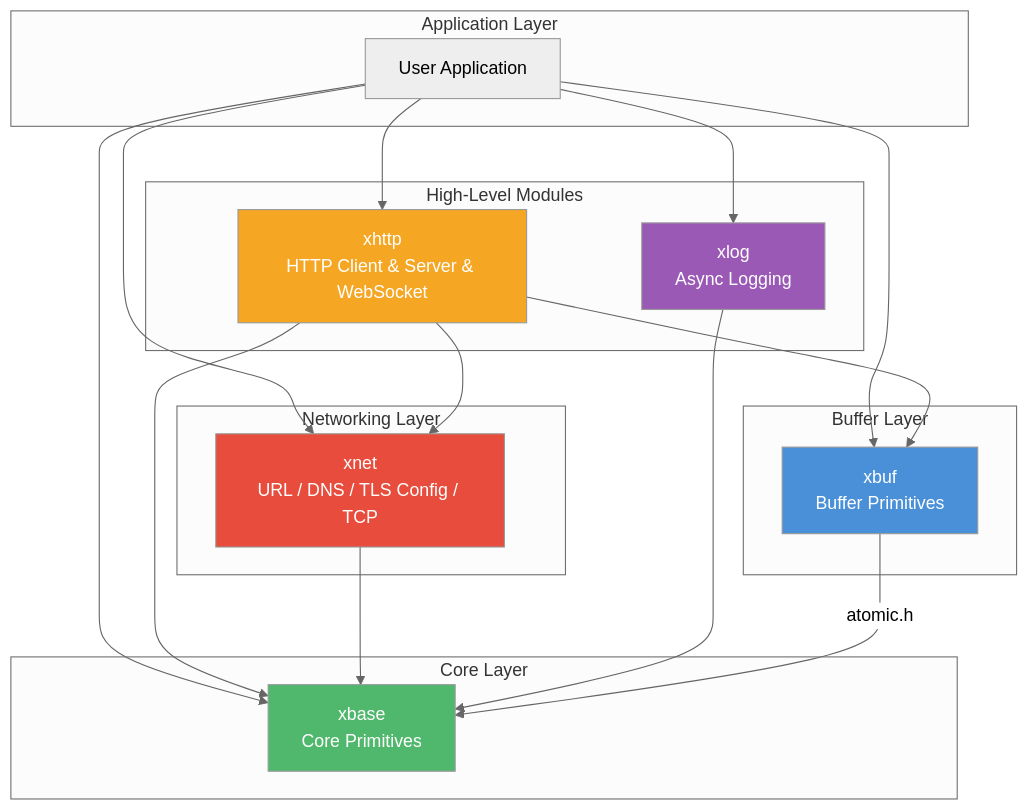
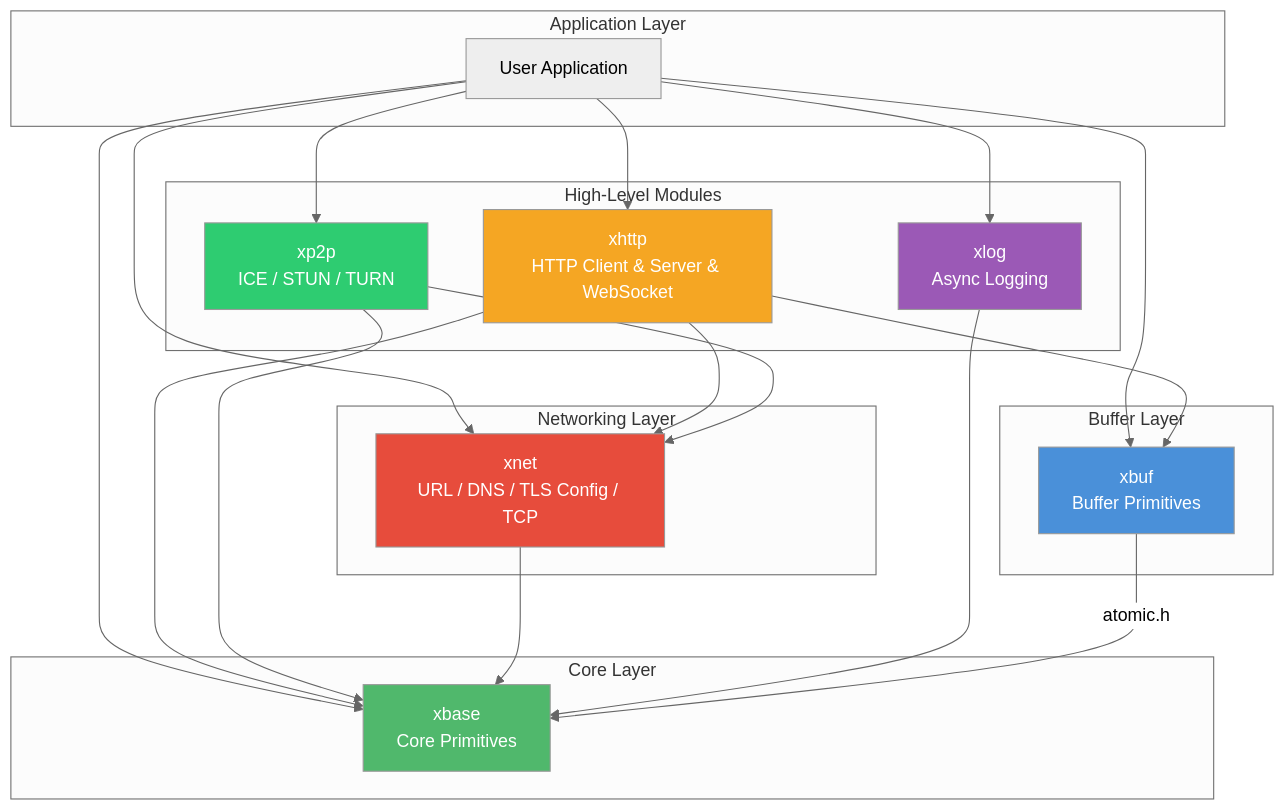
One commit to mivinci/DownloadKit changed the first of 2 diagrams in docs/README.md. Above: the diagram before and after it, drawn with Mermaid (neutral theme). The commit also changed other lines of this file and 5 other files, not shown here.

````diff
--- a/docs/README.md
+++ b/docs/README.md
@@ -10,41 +10,46 @@
 ```mermaid
 graph TD
     subgraph "Application Layer"
         APP["User Application"]
     end
 
     subgraph "High-Level Modules"
         XHTTP["xhttp<br/>HTTP Client &amp; Server &amp; WebSocket"]
         XLOG["xlog<br/>Async Logging"]
+        XP2P["xp2p<br/>ICE / STUN / TURN"]
     end
 
     subgraph "Networking Layer"
         XNET["xnet<br/>URL / DNS / TLS Config / TCP"]
     end
 
     subgraph "Buffer Layer"
         XBUF["xbuf<br/>Buffer Primitives"]
     end
 
     subgraph "Core Layer"
         XBASE["xbase<br/>Core Primitives"]
     end
 
     APP --> XHTTP
     APP --> XLOG
+    APP --> XP2P
     APP --> XNET
     APP --> XBUF
     APP --> XBASE
     XHTTP --> XNET
     XHTTP --> XBASE
     XHTTP --> XBUF
+    XP2P --> XNET
+    XP2P --> XBASE
     XNET --> XBASE
     XLOG --> XBASE
     XBUF -->|"atomic.h"| XBASE
 
     style XBASE fill:#50b86c,color:#fff
     style XBUF fill:#4a90d9,color:#fff
     style XNET fill:#e74c3c,color:#fff
     style XHTTP fill:#f5a623,color:#fff
     style XLOG fill:#9b59b6,color:#fff
+    style XP2P fill:#2ecc71,color:#fff
 ```
````
